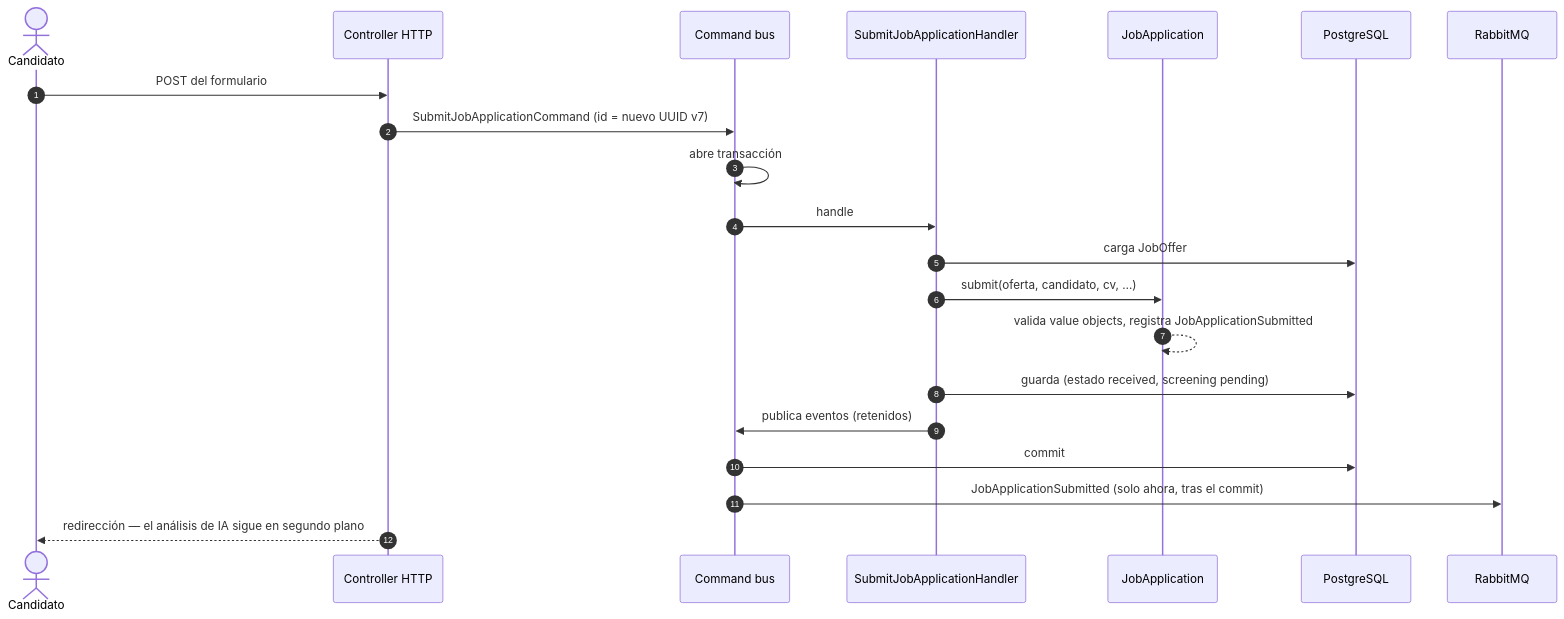
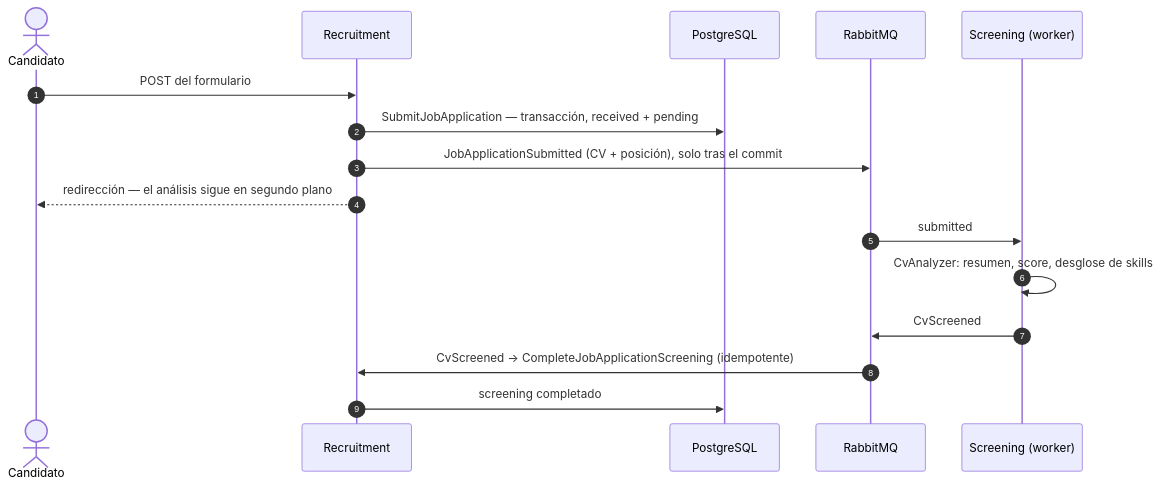
Before and after one commit to manuelarandait/ats-poc: the third of 3 diagrams in docs/ARCHITECTURE.es.md, drawn with Mermaid. The commit also changed other lines of this file and 5 other files, not shown here.

First line of the commit message:
docs: cut the architecture document to its essentials

````diff
--- a/docs/ARCHITECTURE.es.md
+++ b/docs/ARCHITECTURE.es.md
@@ -276,24 +86,19 @@
 ```mermaid
 sequenceDiagram
     autonumber
     actor C as Candidato
-    participant H as Controller HTTP
-    participant CB as Command bus
-    participant S as SubmitJobApplicationHandler
-    participant A as JobApplication
+    participant R as Recruitment
     participant DB as PostgreSQL
     participant MQ as RabbitMQ
+    participant S as Screening (worker)
 
-    C->>H: POST del formulario
-    H->>CB: SubmitJobApplicationCommand (id = nuevo UUID v7)
-    CB->>CB: abre transacción
-    CB->>S: handle
-    S->>DB: carga JobOffer
-    S->>A: submit(oferta, candidato, cv, …)
-    A-->>A: valida value objects, registra JobApplicationSubmitted
-    S->>DB: guarda (estado received, screening pending)
-    S->>CB: publica eventos (retenidos)
-    CB->>DB: commit
-    CB->>MQ: JobApplicationSubmitted (solo ahora, tras el commit)
-    H-->>C: redirección — el análisis de IA sigue en segundo plano
+    C->>R: POST del formulario
+    R->>DB: SubmitJobApplication — transacción, received + pending
+    R->>MQ: JobApplicationSubmitted (CV + posición), solo tras el commit
+    R-->>C: redirección — el análisis sigue en segundo plano
+    MQ->>S: submitted
+    S->>S: CvAnalyzer: resumen, score, desglose de skills
+    S->>MQ: CvScreened
+    MQ->>R: CvScreened → CompleteJobApplicationScreening (idempotente)
+    R->>DB: screening completado
 ```
````
